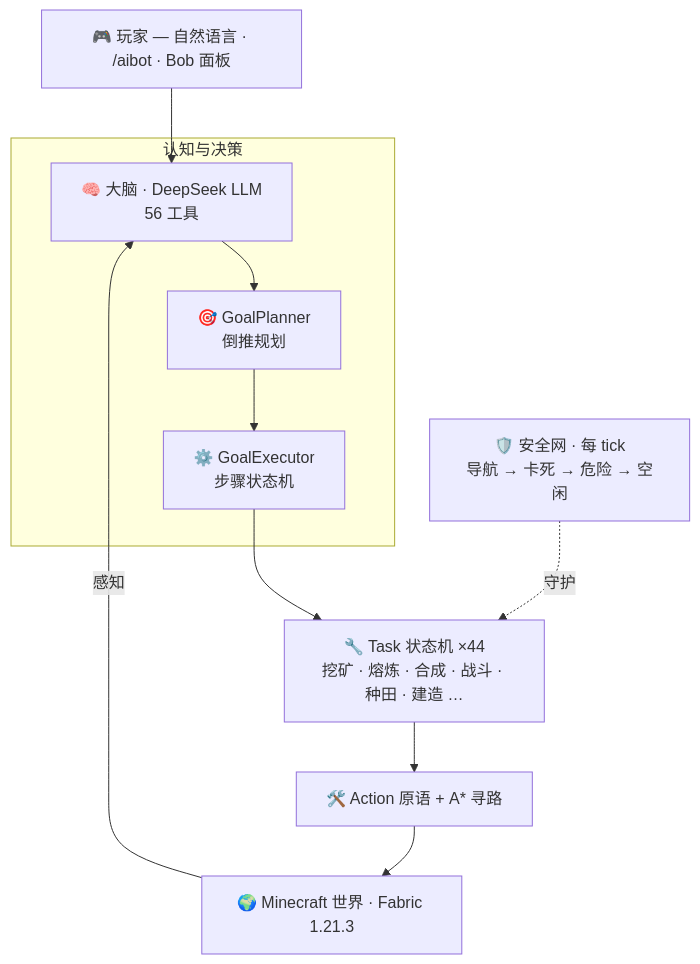
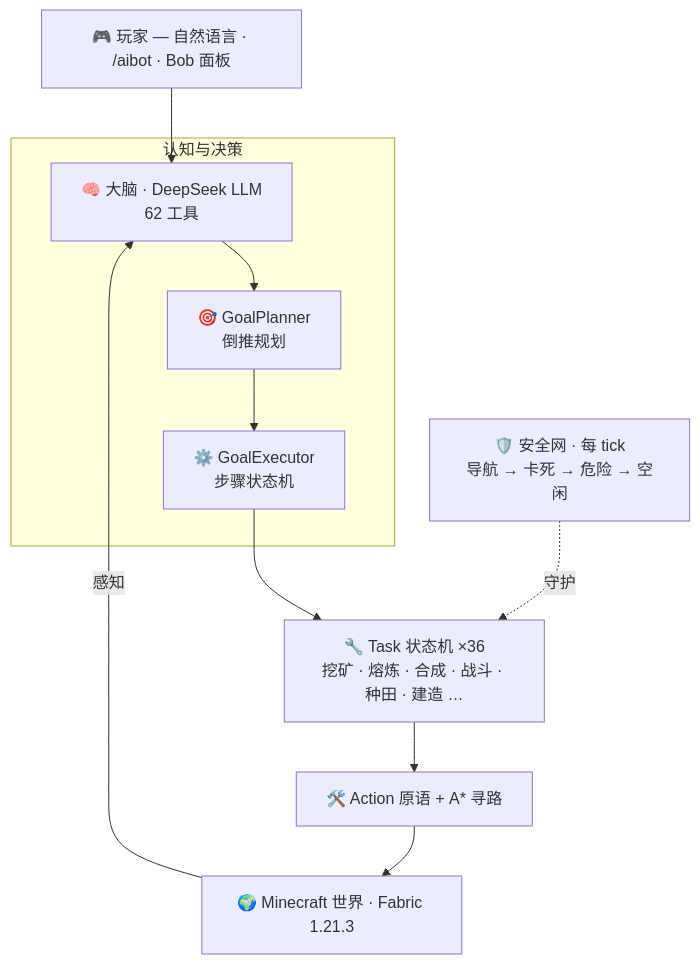
One commit to zoyluoblue/mc_aiplayer changed the diagram in README.zh-CN.md. Above: the diagram before and after it, drawn with Mermaid. The commit also changed other lines of this file and 1 other file, not shown here.

````diff
--- a/README.zh-CN.md
+++ b/README.zh-CN.md
@@ -73,13 +76,13 @@
 ```mermaid
 flowchart TB
     P["🎮 玩家 — 自然语言 · /aibot · Bob 面板"] --> B
     subgraph COG["认知与决策"]
-      B["🧠 大脑 · DeepSeek LLM<br/>56 工具"] --> G["🎯 GoalPlanner<br/>倒推规划"]
+      B["🧠 大脑 · DeepSeek LLM<br/>62 工具"] --> G["🎯 GoalPlanner<br/>倒推规划"]
       G --> E["⚙️ GoalExecutor<br/>步骤状态机"]
     end
-    E --> T["🔧 Task 状态机 ×44<br/>挖矿 · 熔炼 · 合成 · 战斗 · 种田 · 建造 …"]
+    E --> T["🔧 Task 状态机 ×36<br/>挖矿 · 熔炼 · 合成 · 战斗 · 种田 · 建造 …"]
     T --> A["🛠️ Action 原语 + A* 寻路"]
     A --> W["🌍 Minecraft 世界 · Fabric 1.21.3"]
     W -->|感知| B
     S["🛡️ 安全网 · 每 tick<br/>导航 → 卡死 → 危险 → 空闲"] -. 守护 .-> T
 ```
````
